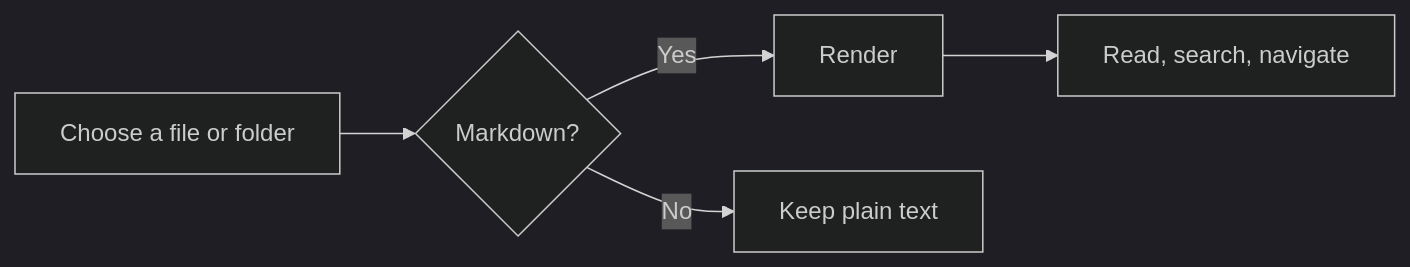
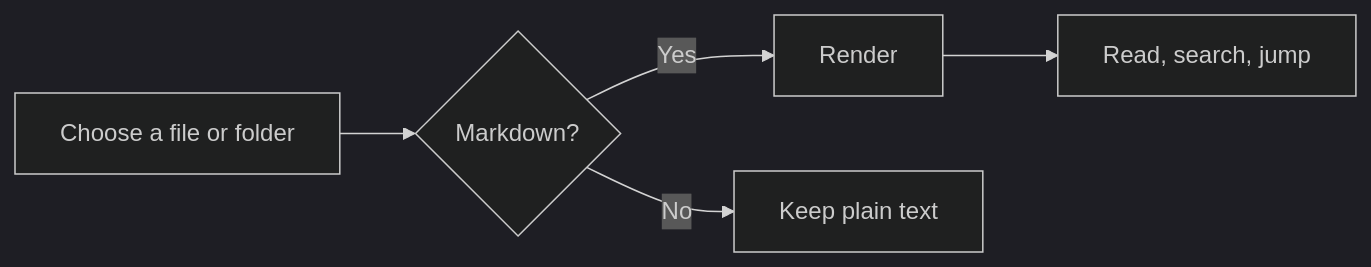
The first of 3 diagrams in samples/en/parchment-guide.md (bruce-yang-422/parchment), drawn with Mermaid (dark theme) before and after one commit. The commit also changed other lines of this file and 24 other files, not shown here.

First line of the commit message:
docs(samples): 擴充 8 語系使用導覽與連結筆記、閱讀測試加入 Flickr 有連結圖片 / expand the sample guide and linked note in 8 languages, add a linked Flickr image to the reading test

````diff
--- a/samples/en/parchment-guide.md
+++ b/samples/en/parchment-guide.md
@@ -69,7 +126,7 @@
 ```mermaid
 flowchart LR
   A[Choose a file or folder] --> B{Markdown?}
   B -->|Yes| C[Render]
   B -->|No| D[Keep plain text]
-  C --> E[Read, search, navigate]
+  C --> E[Read, search, jump]
 ```
````
